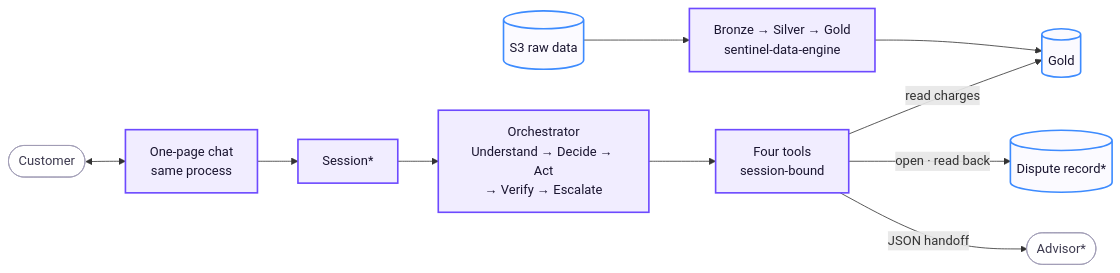
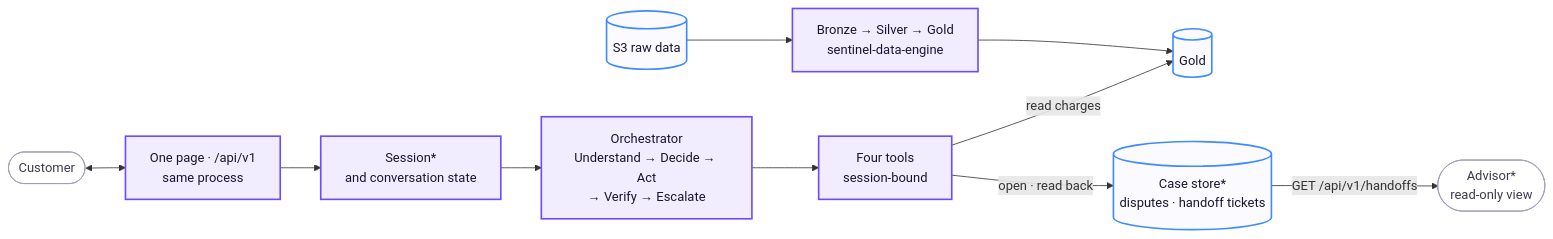
One commit to rdorta27/factored-hackathon-2026-sentinel-engine changed the diagram in docs/architecture/README.md. Above: the diagram before and after it, drawn with Mermaid. The commit also changed other lines of this file and 8 other files, not shown here.

First line of the commit message:
docs: refresh requirement status, architecture, readme and team tasks

````diff
--- a/docs/architecture/README.md
+++ b/docs/architecture/README.md
@@ -13,18 +13,18 @@
 ```mermaid
 flowchart LR
-    client(["Customer"]) <--> chat["One-page chat<br/>same process"]
-    chat --> session["Session*"]
+    client(["Customer"]) <--> chat["One page · /api/v1<br/>same process"]
+    chat --> session["Session*<br/>and conversation state"]
     session --> orch["Orchestrator<br/>Understand → Decide → Act<br/>→ Verify → Escalate"]
     orch --> tools["Four tools<br/>session-bound"]
     s3[("S3 raw data")] --> pipe["Bronze → Silver → Gold<br/>sentinel-data-engine"] --> gold[("Gold")]
     tools -- "read charges" --> gold
-    tools -- "open · read back" --> disputes[("Dispute record*")]
-    tools -- "JSON handoff" --> advisor(["Advisor*"])
+    tools -- "open · read back" --> disputes[("Case store*<br/>disputes · handoff tickets")]
+    disputes -- "GET /api/v1/handoffs" --> advisor(["Advisor*<br/>read-only view"])
 
     classDef comp fill:#f1edff,stroke:#6d4aff,stroke-width:2px,color:#1a1530
     classDef store fill:#fbfaff,stroke:#3d8bff,stroke-width:2px,color:#1a1530
     classDef ext fill:#ffffff,stroke:#a09cb5,stroke-width:1px,color:#3d3a4f
     class chat,session,orch,tools,pipe comp
     class s3,gold,disputes store
     class client,advisor ext
 ```
````
